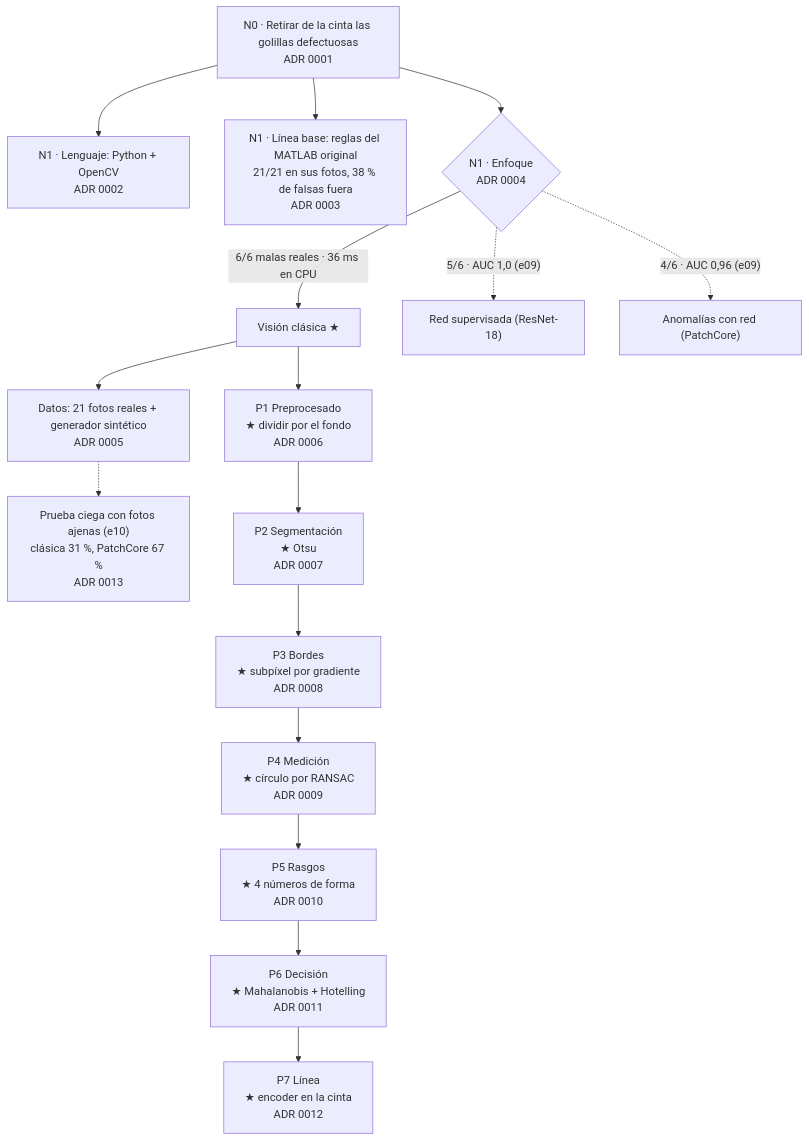
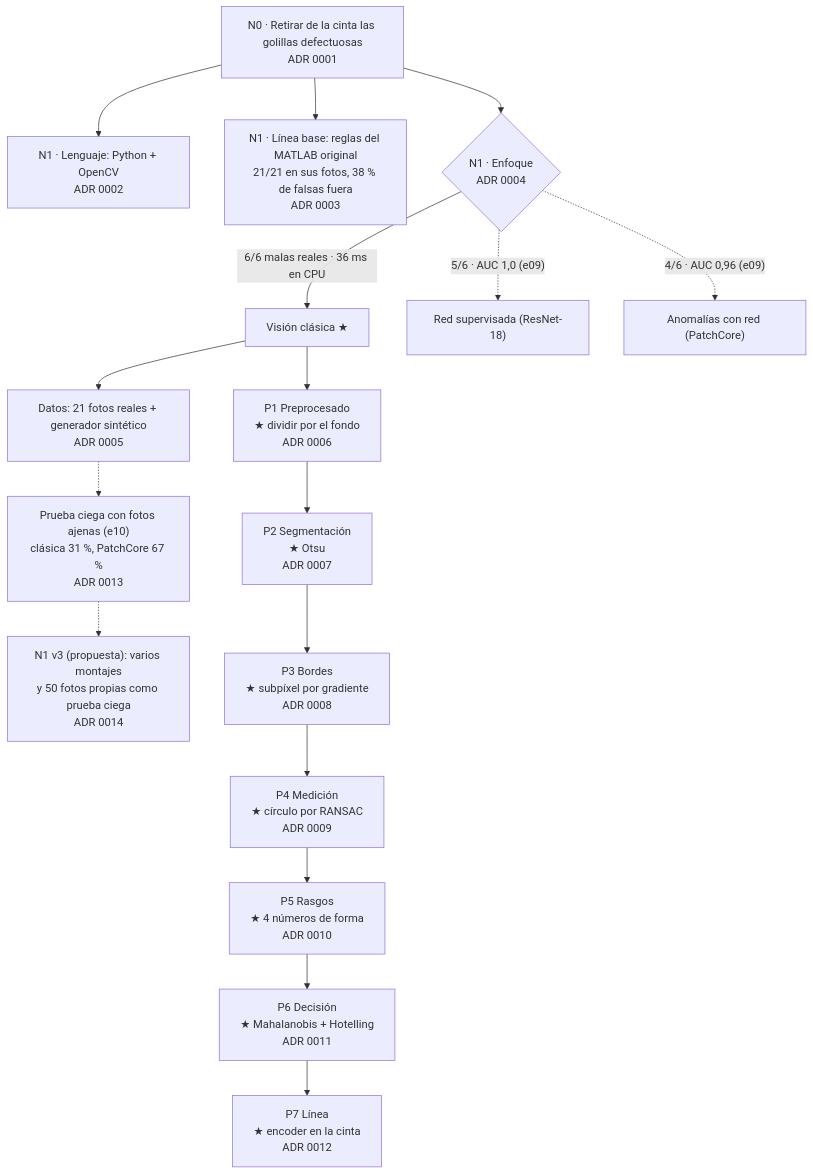
Before and after one commit to CarryMankeke/inspeccion-golillas: the diagram in docs/arbol.md, drawn with Mermaid. The commit also changed 8 other files, not shown here.

Commit message:
v3: Roboflow MassMEP en e10 (censo: 187 fotos, 0 buenas, no medible); huella del árbol fijada; ADR 0014 con el plan del N1 v3 y su criterio fijado antes de correr; aviso BSD de Edge Impulse en atribuciones

````diff
--- a/docs/arbol.md
+++ b/docs/arbol.md
@@ -12,19 +12,20 @@
 ```mermaid
 flowchart TD
     N0["N0 · Retirar de la cinta las golillas defectuosas<br/>ADR 0001"]
     N0 --> L["N1 · Lenguaje: Python + OpenCV<br/>ADR 0002"]
     N0 --> B["N1 · Línea base: reglas del MATLAB original<br/>21/21 en sus fotos, 38 % de falsas fuera<br/>ADR 0003"]
     N0 --> E{"N1 · Enfoque<br/>ADR 0004"}
     E -->|"6/6 malas reales · 36 ms en CPU"| C["Visión clásica ★"]
     E -.->|"5/6 · AUC 1,0 (e09)"| RS["Red supervisada (ResNet-18)"]
     E -.->|"4/6 · AUC 0,96 (e09)"| PC["Anomalías con red (PatchCore)"]
     C --> D["Datos: 21 fotos reales + generador sintético<br/>ADR 0005"]
     D -.-> DP["Prueba ciega con fotos ajenas (e10)<br/>clásica 31 %, PatchCore 67 %<br/>ADR 0013"]
+    DP -.-> V3["N1 v3 (propuesta): varios montajes<br/>y 50 fotos propias como prueba ciega<br/>ADR 0014"]
     C --> P1["P1 Preprocesado<br/>★ dividir por el fondo<br/>ADR 0006"]
     P1 --> P2["P2 Segmentación<br/>★ Otsu<br/>ADR 0007"]
     P2 --> P3["P3 Bordes<br/>★ subpíxel por gradiente<br/>ADR 0008"]
     P3 --> P4["P4 Medición<br/>★ círculo por RANSAC<br/>ADR 0009"]
     P4 --> P5["P5 Rasgos<br/>★ 4 números de forma<br/>ADR 0010"]
     P5 --> P6["P6 Decisión<br/>★ Mahalanobis + Hotelling<br/>ADR 0011"]
     P6 --> P7["P7 Línea<br/>★ encoder en la cinta<br/>ADR 0012"]
 ```
````
